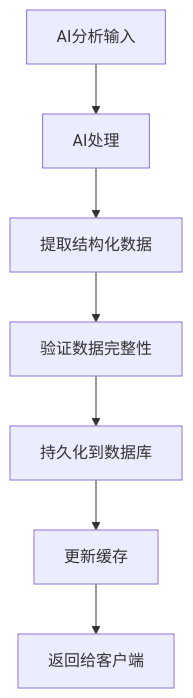
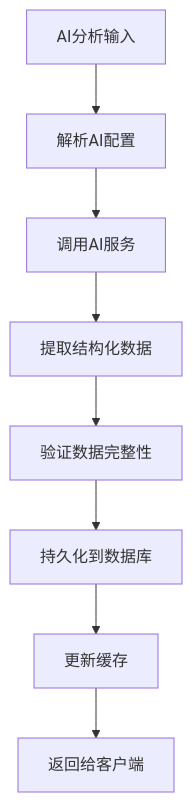
Diagram 12 of 14 in .qoder/repowiki/zh/content/数据库设计/数据库模式增强.md (breeze-lyf/ai-stock-advisor), drawn with Mermaid before and after one commit. The commit also changed other lines of this file and 43 other files, not shown here.

````diff
--- a/.qoder/repowiki/zh/content/数据库设计/数据库模式增强.md
+++ b/.qoder/repowiki/zh/content/数据库设计/数据库模式增强.md
@@ -478,9 +669,10 @@
 ```mermaid
 flowchart TD
-Input[AI分析输入] --> Process[AI处理]
-Process --> Extract[提取结构化数据]
+Input[AI分析输入] --> Resolve[解析AI配置]
+Resolve --> Call[调用AI服务]
+Call --> Extract[提取结构化数据]
 Extract --> Validate[验证数据完整性]
 Validate --> Persist[持久化到数据库]
 Persist --> Cache[更新缓存]
 Cache --> Return[返回给客户端]
 ```
````
